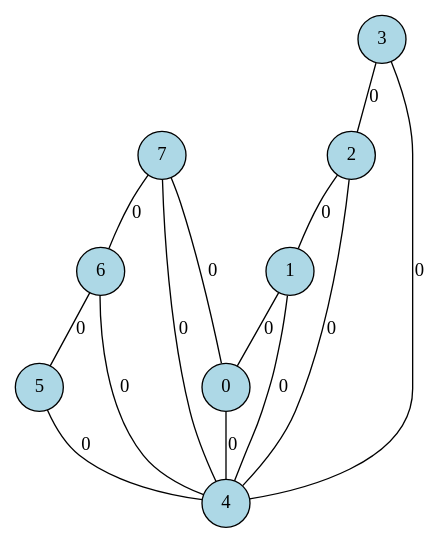
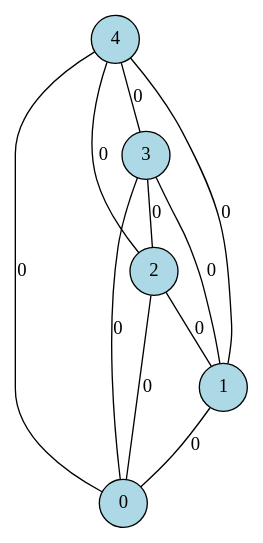
Before and after one commit to t1mn0/MEPhI-S3: the diagram in gui/L4/GraphViz/graph.dot, drawn with Graphviz. The commit also changed 13 other files, not shown here.

```diff
--- a/gui/L4/GraphViz/graph.dot
+++ b/gui/L4/GraphViz/graph.dot
@@ -1,25 +1,19 @@
 graph G {
   node [shape=circle, style="filled", fillcolor=lightblue, color=black, penwidth=1];
   edge [penwidth=1];
-  7 [label="7"];
-  6 [label="6"];
-  5 [label="5"];
+  4 [label="4"];
   3 [label="3"];
   2 [label="2"];
   1 [label="1"];
   0 [label="0"];
-  4 [label="4"];
-  7 -- 0 [label="0"];
-  7 -- 6 [label="0"];
-  7 -- 4 [label="0"];
-  6 -- 5 [label="0"];
-  6 -- 4 [label="0"];
-  5 -- 4 [label="0"];
+  4 -- 3 [label="0"];
+  4 -- 2 [label="0"];
+  4 -- 1 [label="0"];
+  4 -- 0 [label="0"];
   3 -- 2 [label="0"];
-  3 -- 4 [label="0"];
+  3 -- 1 [label="0"];
+  3 -- 0 [label="0"];
   2 -- 1 [label="0"];
-  2 -- 4 [label="0"];
+  2 -- 0 [label="0"];
   1 -- 0 [label="0"];
-  1 -- 4 [label="0"];
-  0 -- 4 [label="0"];
 }
```
